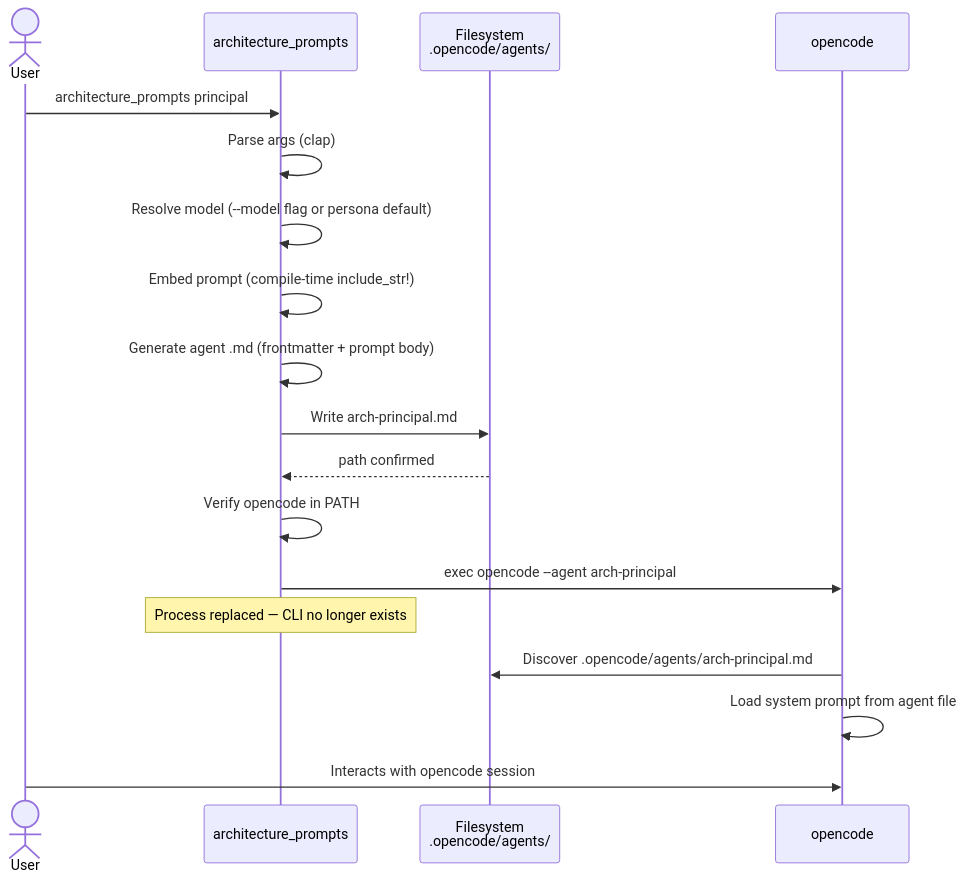
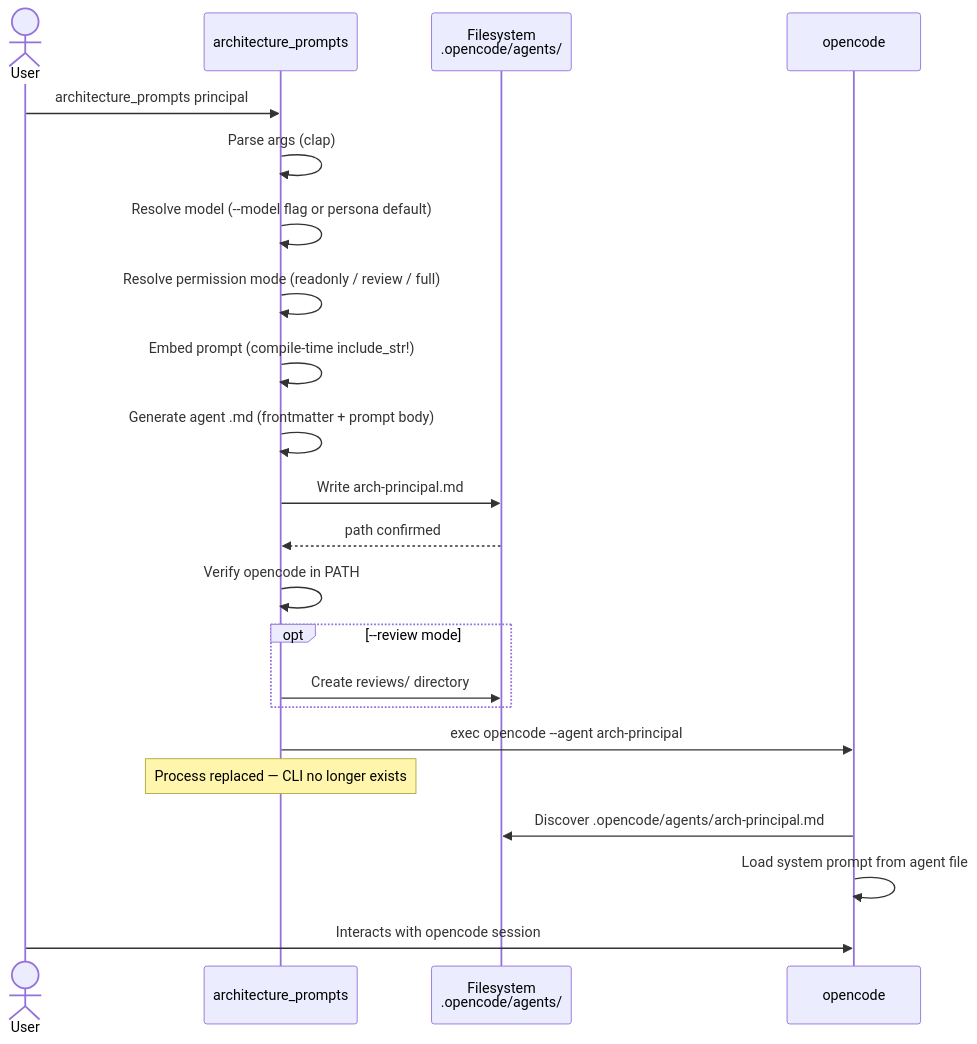
One commit to vansweej/architecture_prompts changed the second of 10 diagrams in docs/architecture.md. Above: the diagram before and after it, drawn with Mermaid. The commit also changed other lines of this file and 8 other files, not shown here.

First line of the commit message:
feat: add review mode with scoped write to reviews/

````diff
--- a/docs/architecture.md
+++ b/docs/architecture.md
@@ -31,24 +31,30 @@
 ```mermaid
 sequenceDiagram
     actor User
     participant CLI as architecture_prompts
     participant FS as Filesystem<br/>.opencode/agents/
     participant OC as opencode
 
     User->>CLI: architecture_prompts principal
 
     CLI->>CLI: Parse args (clap)
     CLI->>CLI: Resolve model (--model flag or persona default)
+    CLI->>CLI: Resolve permission mode (readonly / review / full)
     CLI->>CLI: Embed prompt (compile-time include_str!)
     CLI->>CLI: Generate agent .md (frontmatter + prompt body)
     CLI->>FS: Write arch-principal.md
     FS-->>CLI: path confirmed
 
     CLI->>CLI: Verify opencode in PATH
+
+    opt --review mode
+        CLI->>FS: Create reviews/ directory
+    end
+
     CLI->>OC: exec opencode --agent arch-principal
     note over CLI: Process replaced — CLI no longer exists
 
     OC->>FS: Discover .opencode/agents/arch-principal.md
     OC->>OC: Load system prompt from agent file
     User->>OC: Interacts with opencode session
 ```
````
